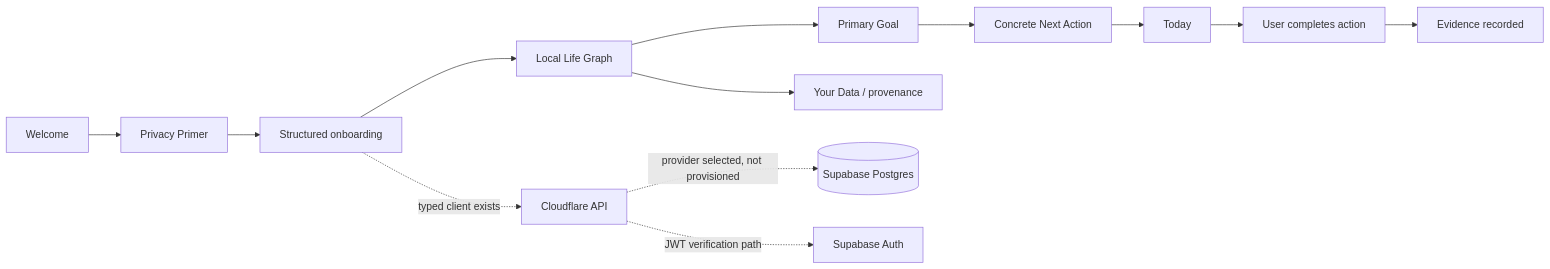
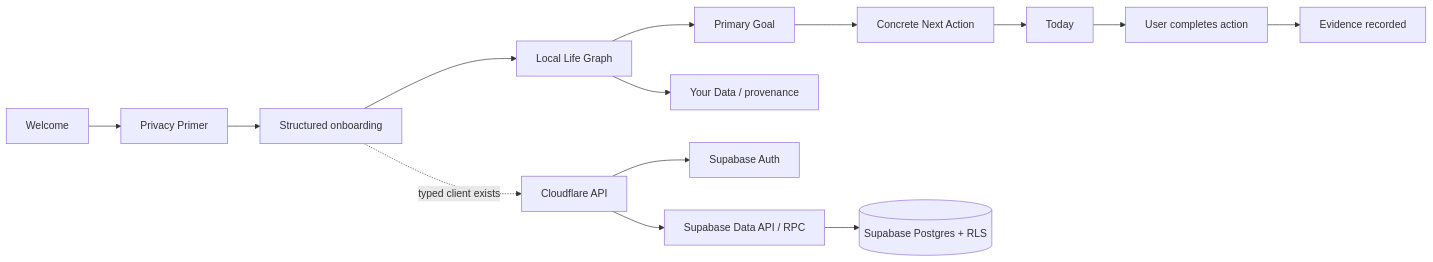
Before and after one commit to seq23/aplayer-mode: the first of 3 diagrams in docs/13-IMPLEMENTATION-STATUS.md, drawn with Mermaid. The commit also changed other lines of this file, not shown here.

Commit message:
docs: record live Supabase Free backend baseline

````diff
--- a/docs/13-IMPLEMENTATION-STATUS.md
+++ b/docs/13-IMPLEMENTATION-STATUS.md
@@ -10,16 +10,17 @@
 ```mermaid
 flowchart LR
   W[Welcome] --> P[Privacy Primer]
   P --> O[Structured onboarding]
   O --> LG[Local Life Graph]
   LG --> G[Primary Goal]
   G --> A[Concrete Next Action]
   A --> T[Today]
   T --> C[User completes action]
   C --> E[Evidence recorded]
   LG --> Y[Your Data / provenance]
 
   O -. typed client exists .-> API[Cloudflare API]
-  API -. provider selected, not provisioned .-> DB[(Supabase Postgres)]
-  API -. JWT verification path .-> AUTH[Supabase Auth]
+  API --> AUTH[Supabase Auth]
+  API --> DATA[Supabase Data API / RPC]
+  DATA --> DB[(Supabase Postgres + RLS)]
 ```
````
